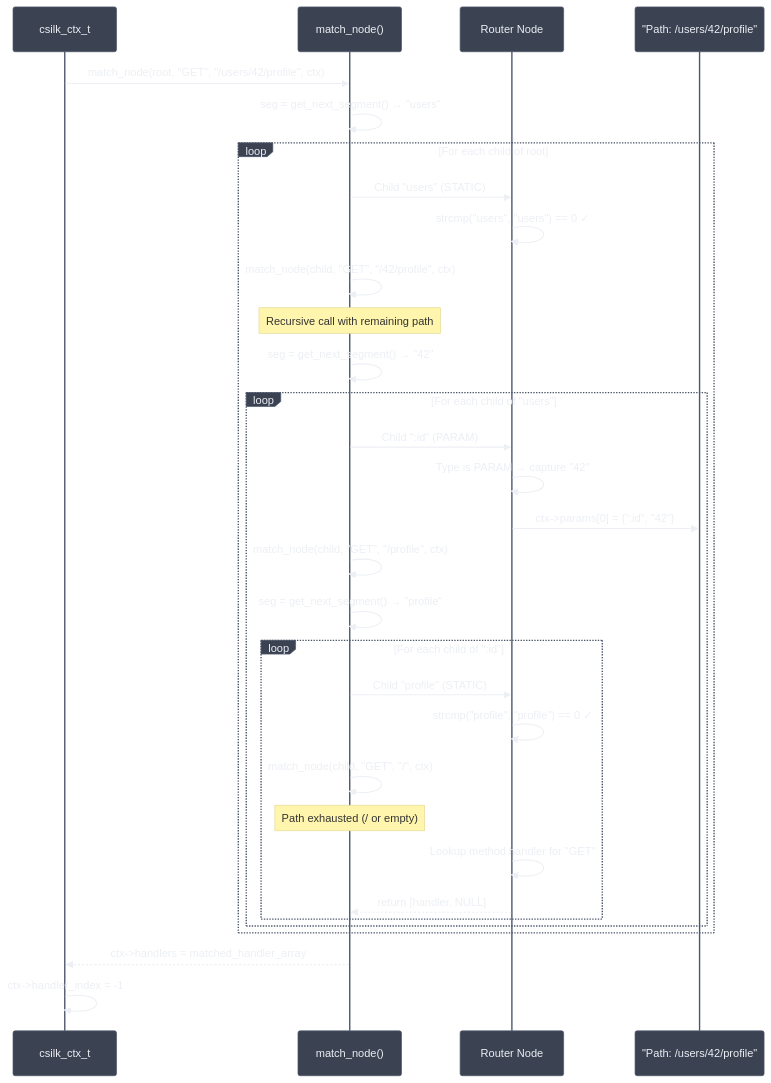
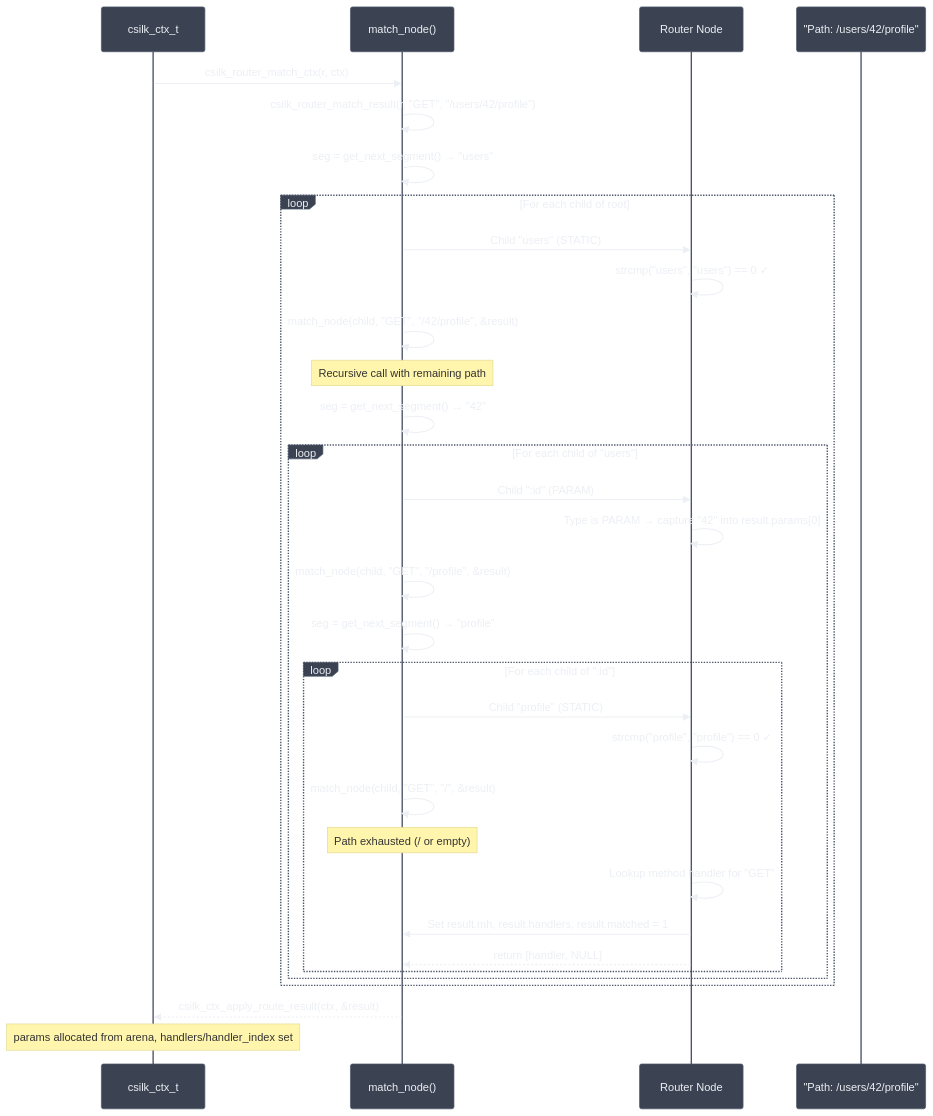
Before and after one commit to quintin-lee/csilk: the fourth of 5 diagrams in docs/module-design/router.md, drawn with Mermaid. The commit also changed other lines of this file and 5 other files, not shown here.

Commit message:
docs: 📝 align ctx/router docs with current code — remove jump_buffer, fix bucket count, update panic model, document match_result API

````diff
--- a/docs/module-design/router.md
+++ b/docs/module-design/router.md
@@ -156,61 +156,61 @@
 ```mermaid
 %%{init: {
   'theme': 'base',
   'themeVariables': {
     'background': '#2E3440',
     'primaryColor': '#81A1C1',
     'primaryBorderColor': '#4C566A',
     'primaryTextColor': '#ECEFF4',
     'secondaryColor': '#3B4252',
     'secondaryBorderColor': '#434C5E',
     'secondaryTextColor': '#D8DEE9',
     'lineColor': '#81A1C1',
     'textColor': '#ECEFF4',
     'mainBkg': '#3B4252',
     'nodeBorder': '#4C566A',
     'clusterBkg': '#2E3440',
     'clusterBorder': '#4C566A',
     'titleColor': '#ECEFF4',
     'edgeLabelBackground': '#3B4252',
     'nodeTextColor': '#ECEFF4'
   }
 }}%%
 sequenceDiagram
     participant C as csilk_ctx_t
     participant R as match_node()
     participant N as Router Node
     participant P as "Path: /users/42/profile"
 
-    C->>R: match_node(root, "GET", "/users/42/profile", ctx)
-
+    C->>R: csilk_router_match_ctx(r, ctx)
+    R->>R: csilk_router_match_result(r, "GET", "/users/42/profile")
     R->>R: seg = get_next_segment() → "users"
 
     loop For each child of root
         R->>N: Child "users" (STATIC)
         N->>N: strcmp("users", "users") == 0 ✓
-        R->>R: match_node(child, "GET", "/42/profile", ctx)
+        R->>R: match_node(child, "GET", "/42/profile", &result)
         Note over R: Recursive call with remaining path
 
         R->>R: seg = get_next_segment() → "42"
         loop For each child of "users"
             R->>N: Child ":id" (PARAM)
-            N->>N: Type is PARAM → capture "42"
-            N->>P: ctx->params[0] = {":id", "42"}
-            R->>R: match_node(child, "GET", "/profile", ctx)
+            N->>N: Type is PARAM → capture "42" into result.params[0]
+            R->>R: match_node(child, "GET", "/profile", &result)
 
             R->>R: seg = get_next_segment() → "profile"
             loop For each child of ":id"
                 R->>N: Child "profile" (STATIC)
                 N->>N: strcmp("profile", "profile") == 0 ✓
-                R->>R: match_node(child, "GET", "/", ctx)
+                R->>R: match_node(child, "GET", "/", &result)
 
                 Note over R: Path exhausted (/ or empty)
                 N->>N: Lookup method handler for "GET"
+                N->>R: Set result.mh, result.handlers, result.matched = 1
                 N-->>R: return [handler, NULL]
             end
         end
     end
 
-    R-->>C: ctx->handlers = matched_handler_array
-    C->>C: ctx->handler_index = -1
+    R-->>C: csilk_ctx_apply_route_result(ctx, &result)
+    Note over C: params allocated from arena, handlers/handler_index set
 ```
````
